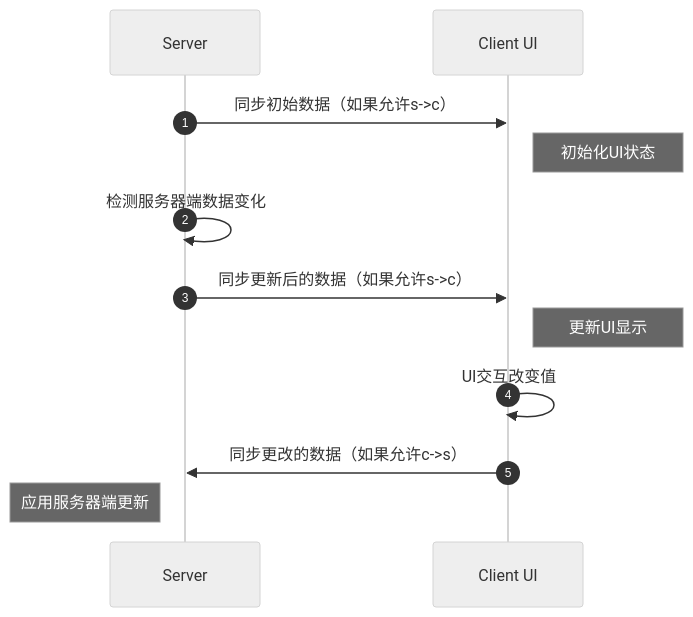
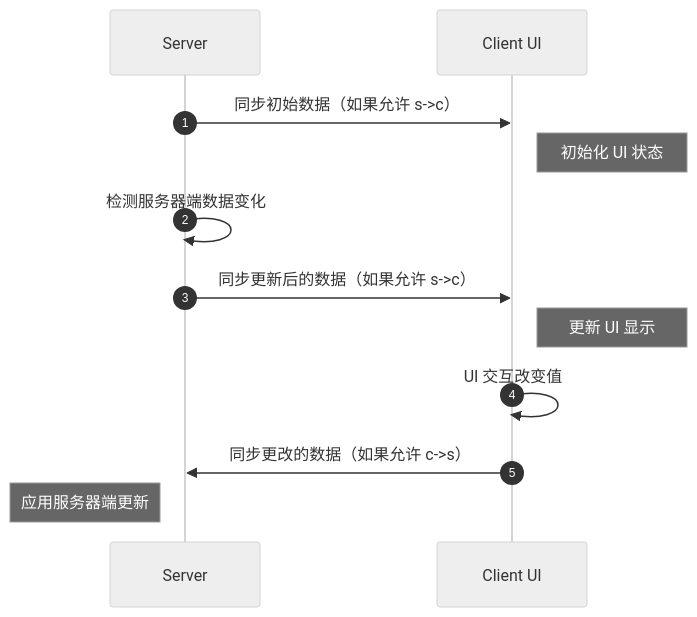
One commit to Low-Drag-MC/LowDragMC-Doc changed the diagram in docs/zh/ldlib2/ui/preliminary/data_bindings.md. Above: the diagram before and after it, drawn with Mermaid (neutral theme). The commit also changed other lines of this file and 83 other files, not shown here.

````diff
--- a/docs/zh/ldlib2/ui/preliminary/data_bindings.md
+++ b/docs/zh/ldlib2/ui/preliminary/data_bindings.md
@@ -105,14 +109,14 @@
 ```mermaid
 sequenceDiagram
   autonumber
-  Server->>Client UI: 同步初始数据（如果允许s->c）
-  Note right of Client UI: 初始化UI状态
+  Server->>Client UI: 同步初始数据（如果允许 s->c）
+  Note right of Client UI: 初始化 UI 状态
   Server->>Server: 检测服务器端数据变化
-  Server->>Client UI: 同步更新后的数据（如果允许s->c）
-  Note right of Client UI: 更新UI显示
+  Server->>Client UI: 同步更新后的数据（如果允许 s->c）
+  Note right of Client UI: 更新 UI 显示
 
-  Client UI->>Client UI: UI交互改变值
-  Client UI->>Server: 同步更改的数据（如果允许c->s）
+  Client UI->>Client UI: UI 交互改变值
+  Client UI->>Server: 同步更改的数据（如果允许 c->s）
   Note left of Server: 应用服务器端更新
 
 ```
````
